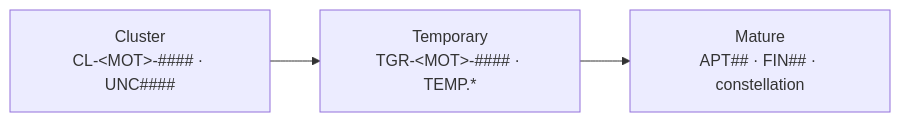
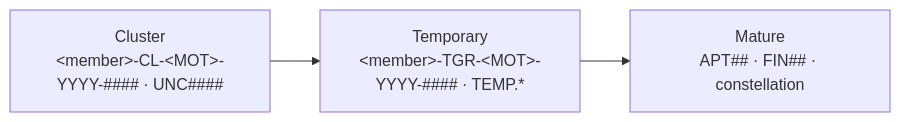
One commit to CTI-Center/PatchWork changed the second of 2 diagrams in docs/Vocabularies.md. Above: the diagram before and after it, drawn with Mermaid. The commit also changed other lines of this file and 79 other files, not shown here.

````diff
--- a/docs/Vocabularies.md
+++ b/docs/Vocabularies.md
@@ -287,4 +287,4 @@
 ```mermaid
 flowchart LR
-  C["Cluster<br/>CL-&lt;MOT&gt;-#### · UNC####"] --> T["Temporary<br/>TGR-&lt;MOT&gt;-#### · TEMP.*"] --> N["Mature<br/>APT## · FIN## · constellation"]
+  C["Cluster<br/>&lt;member&gt;-CL-&lt;MOT&gt;-YYYY-#### · UNC####"] --> T["Temporary<br/>&lt;member&gt;-TGR-&lt;MOT&gt;-YYYY-#### · TEMP.*"] --> N["Mature<br/>APT## · FIN## · constellation"]
 ```
````
